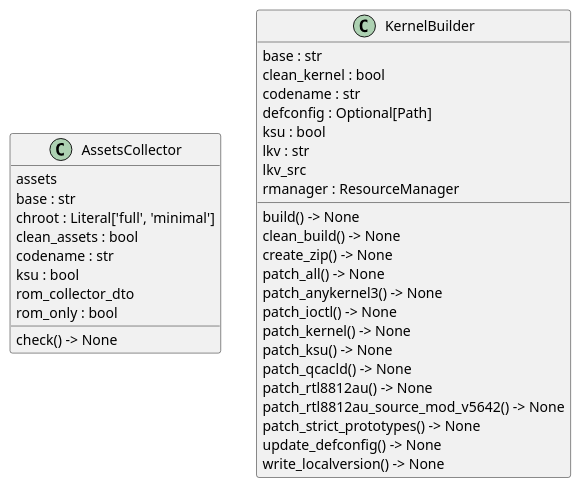
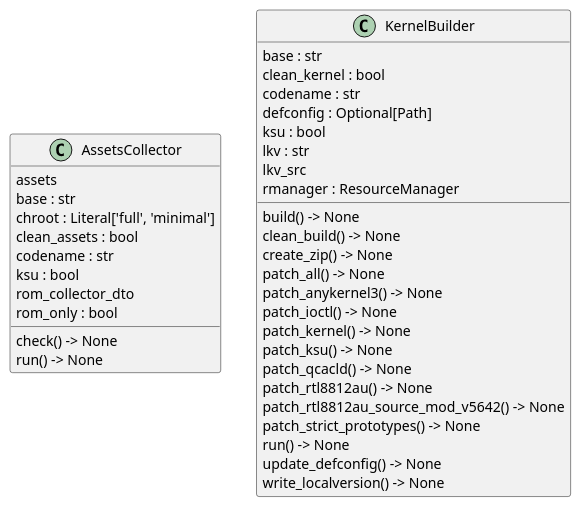
Before and after one commit to seppzer0/zero_kernel: the diagram in docs/architecture/core/classes.puml, drawn with PlantUML. The commit also changed 1 other file, not shown here.

Commit message:
docs: update architecture docs

```diff
--- a/docs/architecture/core/classes.puml
+++ b/docs/architecture/core/classes.puml
@@ -1,38 +1,40 @@
 @startuml classes
 set namespaceSeparator none
 class "AssetsCollector" as core.assets_collector.AssetsCollector {
   assets
   base : str
   chroot : Literal['full', 'minimal']
   clean_assets : bool
   codename : str
   ksu : bool
   rom_collector_dto
   rom_only : bool
   check() -> None
+  run() -> None
 }
 class "KernelBuilder" as core.kernel_builder.KernelBuilder {
   base : str
   clean_kernel : bool
   codename : str
   defconfig : Optional[Path]
   ksu : bool
   lkv : str
   lkv_src
   rmanager : ResourceManager
   build() -> None
   clean_build() -> None
   create_zip() -> None
   patch_all() -> None
   patch_anykernel3() -> None
   patch_ioctl() -> None
   patch_kernel() -> None
   patch_ksu() -> None
   patch_qcacld() -> None
   patch_rtl8812au() -> None
   patch_rtl8812au_source_mod_v5642() -> None
   patch_strict_prototypes() -> None
+  run() -> None
   update_defconfig() -> None
   write_localversion() -> None
 }
 @enduml
```
